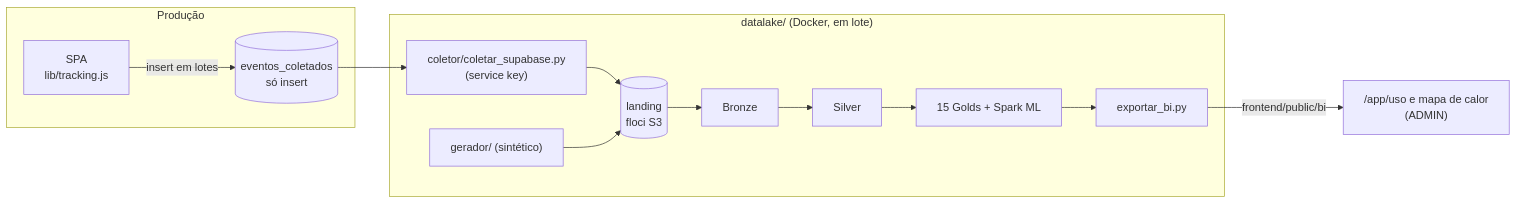
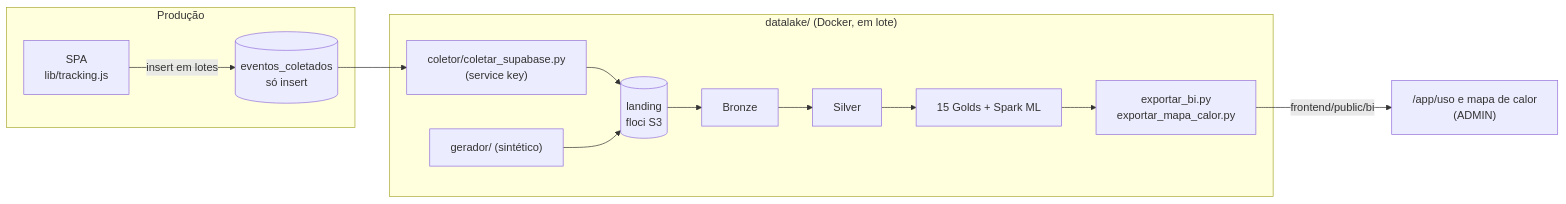
The fifth of 5 diagrams in docs/ARQUITETURA.md (danieltanjos/SolarVision), drawn with Mermaid before and after one commit. The commit also changed 5 other files, not shown here.

Commit message:
docs(datalake): exportação do mapa de calor como etapa própria nos guias e no enunciado

````diff
--- a/docs/ARQUITETURA.md
+++ b/docs/ARQUITETURA.md
@@ -241,14 +241,14 @@
 ```mermaid
 flowchart LR
     subgraph prod["Produção"]
         spa["SPA<br/>lib/tracking.js"] -->|insert em lotes| tab[("eventos_coletados<br/>só insert")]
     end
     subgraph local["datalake/ (Docker, em lote)"]
         col["coletor/coletar_supabase.py<br/>(service key)"] --> land[("landing<br/>floci S3")]
         ger["gerador/ (sintético)"] --> land
         land --> bronze["Bronze"] --> silver["Silver"] --> gold["15 Golds + Spark ML"]
-        gold --> exp["exportar_bi.py"]
+        gold --> exp["exportar_bi.py<br/>exportar_mapa_calor.py"]
     end
     tab --> col
     exp -->|frontend/public/bi| painel["/app/uso e mapa de calor<br/>(ADMIN)"]
 ```
````
